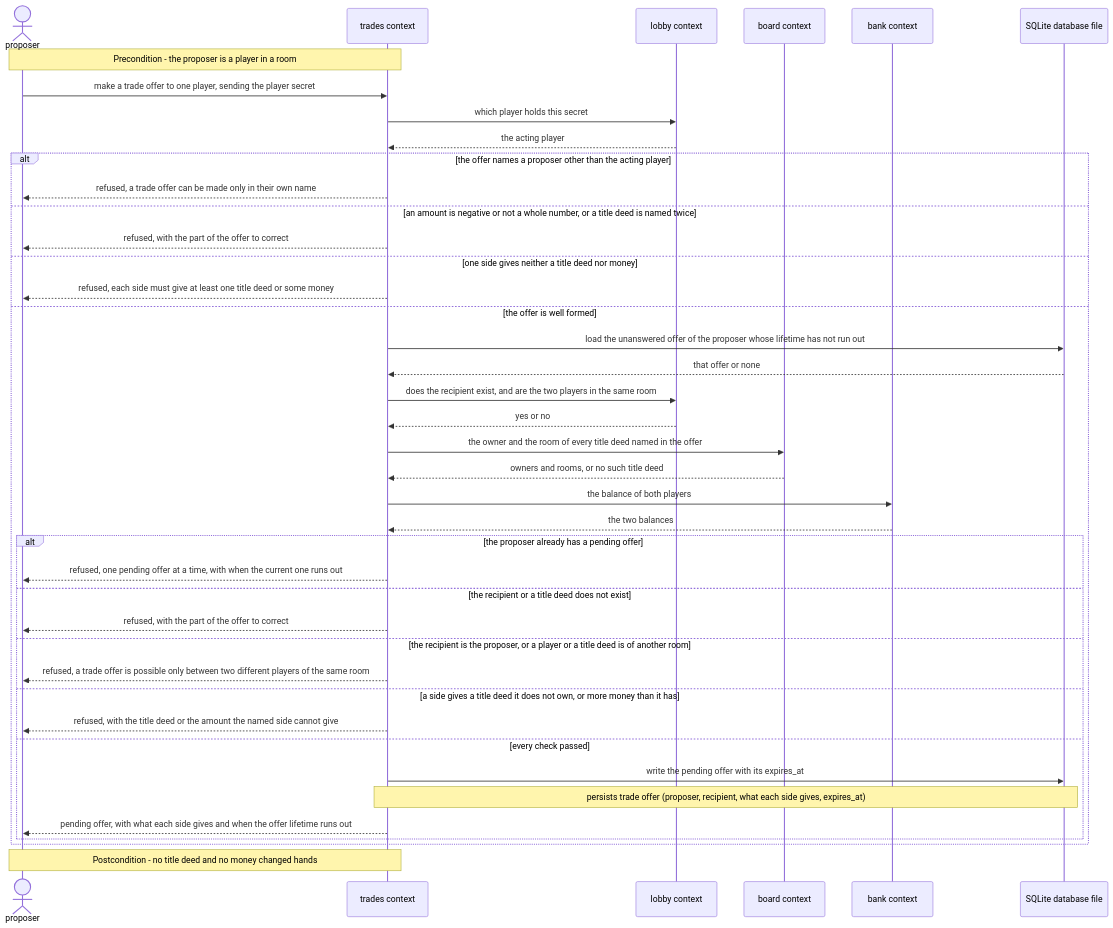
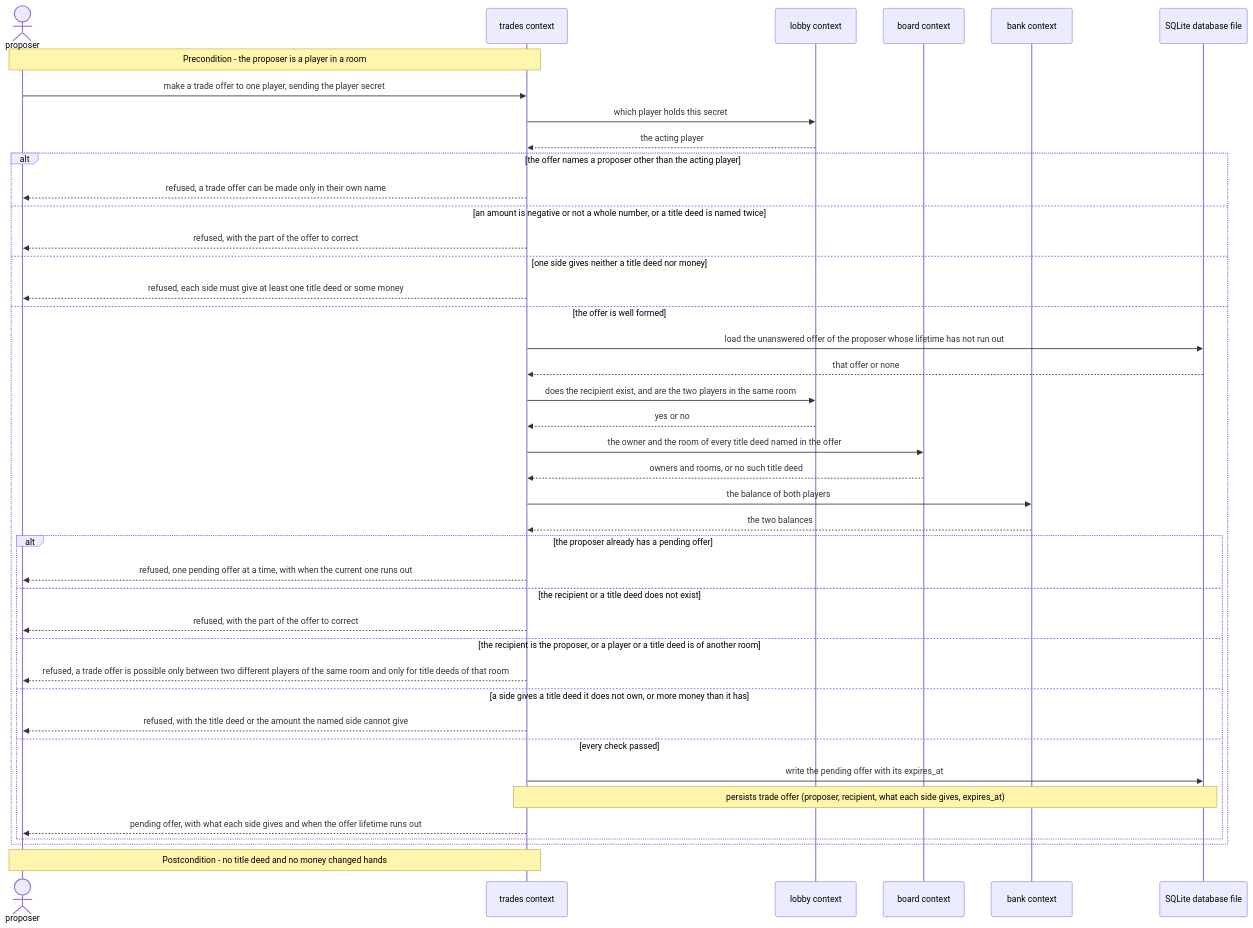
One commit to Kaavaal/monopoly-online changed the fourth of 8 diagrams in docs/features/trade-offers/sad.md. Above: the diagram before and after it, drawn with Mermaid. The commit also changed other lines of this file, not shown here.

Commit message:
docs(trade-offers): sad §6 follows AC-05 and AC-18

````diff
--- a/docs/features/trade-offers/sad.md
+++ b/docs/features/trade-offers/sad.md
@@ -288,44 +288,44 @@
 ```mermaid
 sequenceDiagram
     actor proposer
     participant trades as trades context
     participant lobby as lobby context
     participant board as board context
     participant bank as bank context
     participant sqlite as SQLite database file
 
     Note over proposer,trades: Precondition - the proposer is a player in a room
     proposer->>trades: make a trade offer to one player, sending the player secret
     trades->>lobby: which player holds this secret
     lobby-->>trades: the acting player
     alt the offer names a proposer other than the acting player
         trades-->>proposer: refused, a trade offer can be made only in their own name
     else an amount is negative or not a whole number, or a title deed is named twice
         trades-->>proposer: refused, with the part of the offer to correct
     else one side gives neither a title deed nor money
         trades-->>proposer: refused, each side must give at least one title deed or some money
     else the offer is well formed
         trades->>sqlite: load the unanswered offer of the proposer whose lifetime has not run out
         sqlite-->>trades: that offer or none
         trades->>lobby: does the recipient exist, and are the two players in the same room
         lobby-->>trades: yes or no
         trades->>board: the owner and the room of every title deed named in the offer
         board-->>trades: owners and rooms, or no such title deed
         trades->>bank: the balance of both players
         bank-->>trades: the two balances
         alt the proposer already has a pending offer
             trades-->>proposer: refused, one pending offer at a time, with when the current one runs out
         else the recipient or a title deed does not exist
             trades-->>proposer: refused, with the part of the offer to correct
         else the recipient is the proposer, or a player or a title deed is of another room
-            trades-->>proposer: refused, a trade offer is possible only between two different players of the same room
+            trades-->>proposer: refused, a trade offer is possible only between two different players of the same room and only for title deeds of that room
         else a side gives a title deed it does not own, or more money than it has
             trades-->>proposer: refused, with the title deed or the amount the named side cannot give
         else every check passed
             trades->>sqlite: write the pending offer with its expires_at
             Note over trades,sqlite: persists trade offer (proposer, recipient, what each side gives, expires_at)
             trades-->>proposer: pending offer, with what each side gives and when the offer lifetime runs out
         end
     end
     Note over proposer,trades: Postcondition - no title deed and no money changed hands
 ```
````
